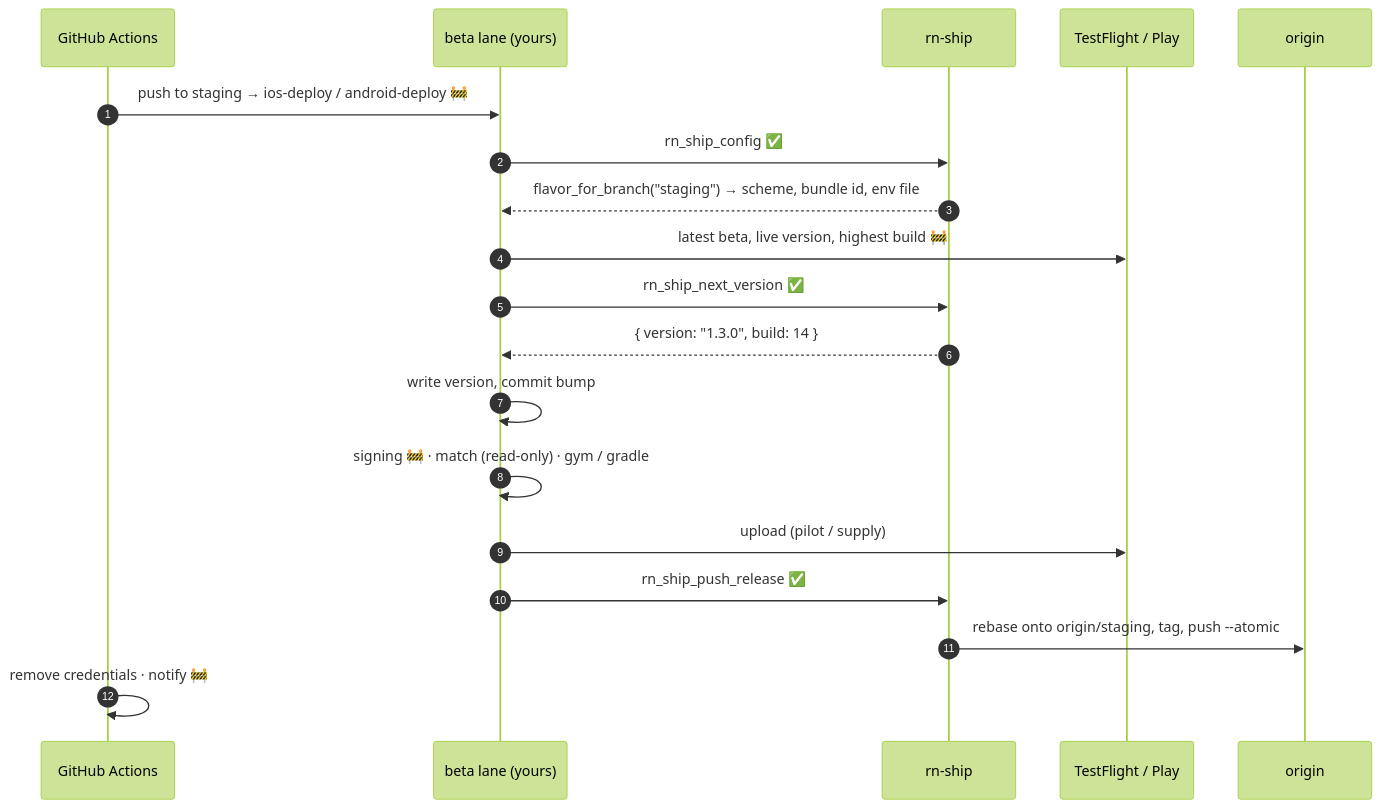
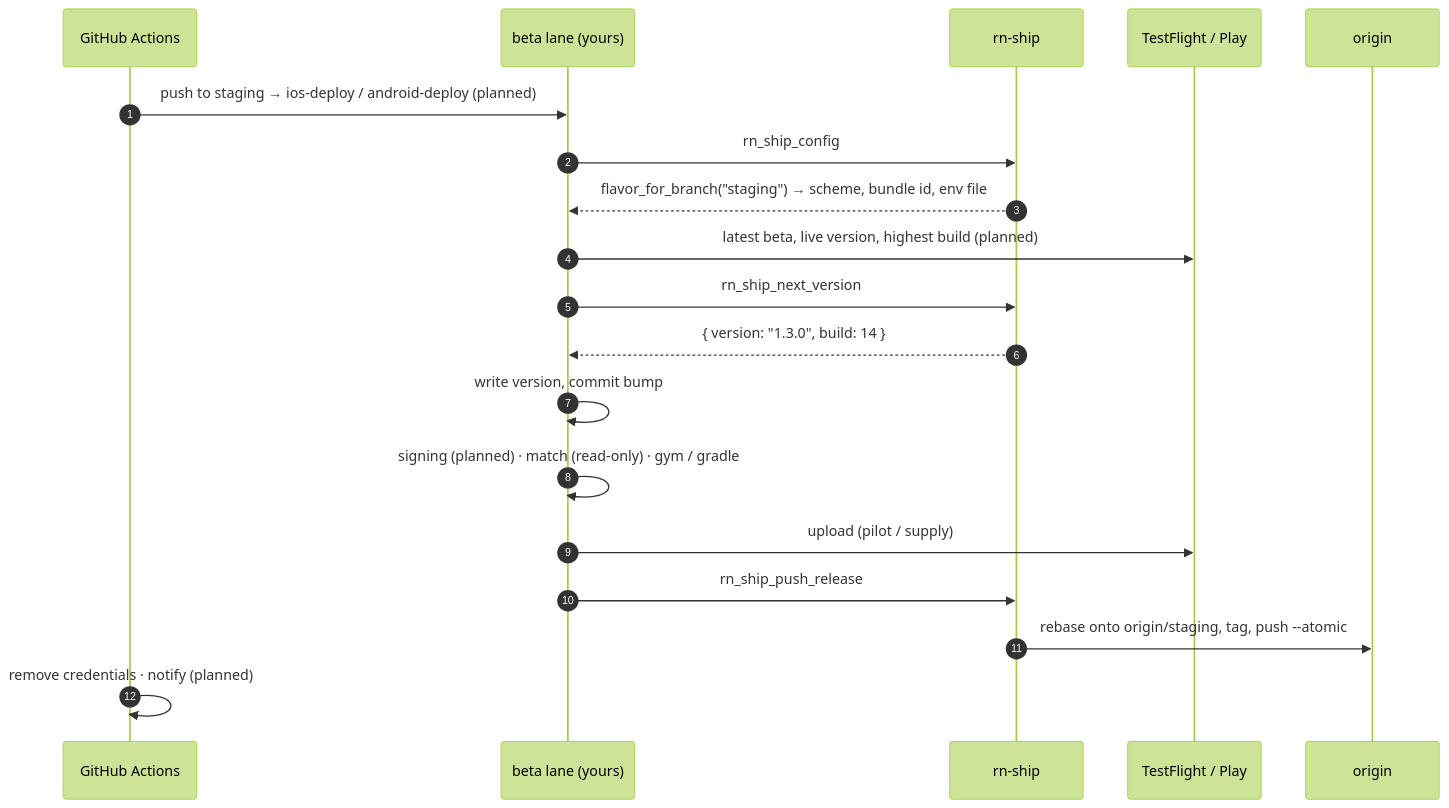
The second of 5 diagrams in README.md (27AppStudio/rn-ship), drawn with Mermaid (forest theme) before and after one commit. The commit also changed other lines of this file, not shown here.

````diff
--- a/README.md
+++ b/README.md
@@ -99,22 +99,22 @@
 ```mermaid
 sequenceDiagram
   autonumber
   participant GH as GitHub Actions
   participant Lane as beta lane (yours)
   participant RS as rn-ship
   participant Store as TestFlight / Play
   participant Git as origin
 
-  GH->>Lane: push to staging → ios-deploy / android-deploy 🚧
-  Lane->>RS: rn_ship_config ✅
+  GH->>Lane: push to staging → ios-deploy / android-deploy (planned)
+  Lane->>RS: rn_ship_config
   RS-->>Lane: flavor_for_branch("staging") → scheme, bundle id, env file
-  Lane->>Store: latest beta, live version, highest build 🚧
-  Lane->>RS: rn_ship_next_version ✅
+  Lane->>Store: latest beta, live version, highest build (planned)
+  Lane->>RS: rn_ship_next_version
   RS-->>Lane: { version: "1.3.0", build: 14 }
   Lane->>Lane: write version, commit bump
-  Lane->>Lane: signing 🚧 · match (read-only) · gym / gradle
+  Lane->>Lane: signing (planned) · match (read-only) · gym / gradle
   Lane->>Store: upload (pilot / supply)
-  Lane->>RS: rn_ship_push_release ✅
+  Lane->>RS: rn_ship_push_release
   RS->>Git: rebase onto origin/staging, tag, push --atomic
-  GH->>GH: remove credentials · notify 🚧
+  GH->>GH: remove credentials · notify (planned)
 ```
````
